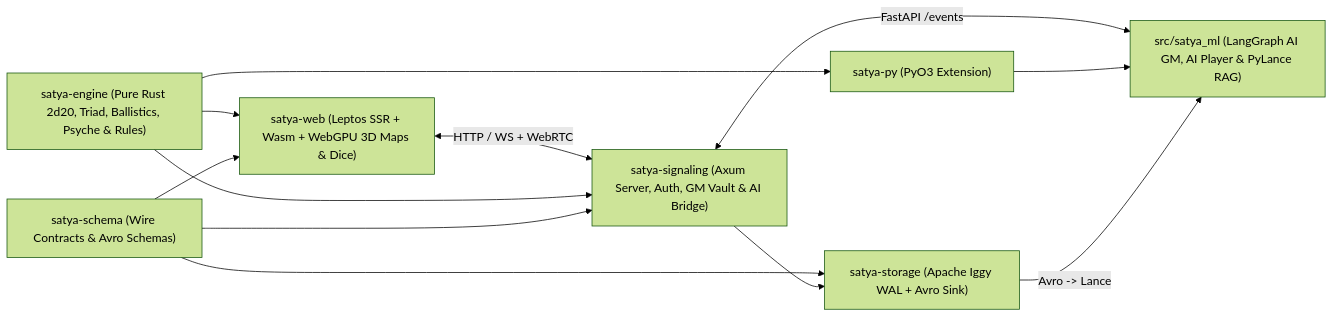
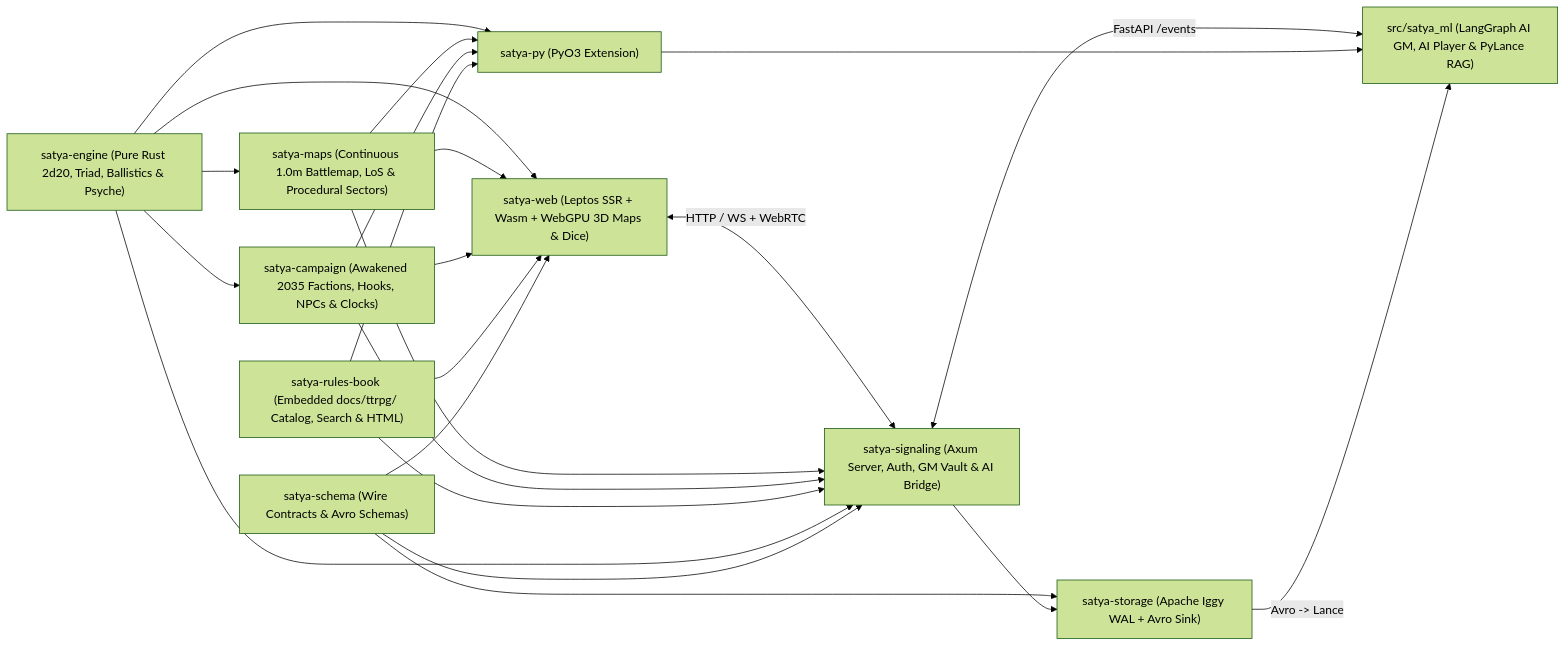
Before and after one commit to rarebreed/satya: the diagram in README.md, drawn with Mermaid (forest theme). The commit also changed other lines of this file and 153 other files, not shown here.

````diff
--- a/README.md
+++ b/README.md
@@ -138,14 +138,25 @@
 ```mermaid
 flowchart LR
     Web["satya-web (Leptos SSR + Wasm + WebGPU 3D Maps & Dice)"] <-->|"HTTP / WS + WebRTC"| Sig["satya-signaling (Axum Server, Auth, GM Vault & AI Bridge)"]
-    Engine["satya-engine (Pure Rust 2d20, Triad, Ballistics, Psyche & Rules)"] --> Web
+    Engine["satya-engine (Pure Rust 2d20, Triad, Ballistics & Psyche)"] --> Web
+    Maps["satya-maps (Continuous 1.0m Battlemap, LoS & Procedural Sectors)"] --> Web
+    Campaign["satya-campaign (Awakened 2035 Factions, Hooks, NPCs & Clocks)"] --> Web
+    Book["satya-rules-book (Embedded docs/ttrpg/ Catalog, Search & HTML)"] --> Web
+    Engine --> Maps
+    Engine --> Campaign
+    Maps --> Sig
+    Campaign --> Sig
+    Book --> Sig
     Engine --> Sig
     Engine --> PyO3["satya-py (PyO3 Extension)"]
+    Maps --> PyO3
+    Campaign --> PyO3
+    Book --> PyO3
     Schema["satya-schema (Wire Contracts & Avro Schemas)"] --> Web
     Schema --> Sig
     Schema --> Store["satya-storage (Apache Iggy WAL + Avro Sink)"]
     Sig --> Store
     Sig <-->|"FastAPI /events"| ML["src/satya_ml (LangGraph AI GM, AI Player & PyLance RAG)"]
     PyO3 --> ML
     Store -->|"Avro -> Lance"| ML
 ```
````
